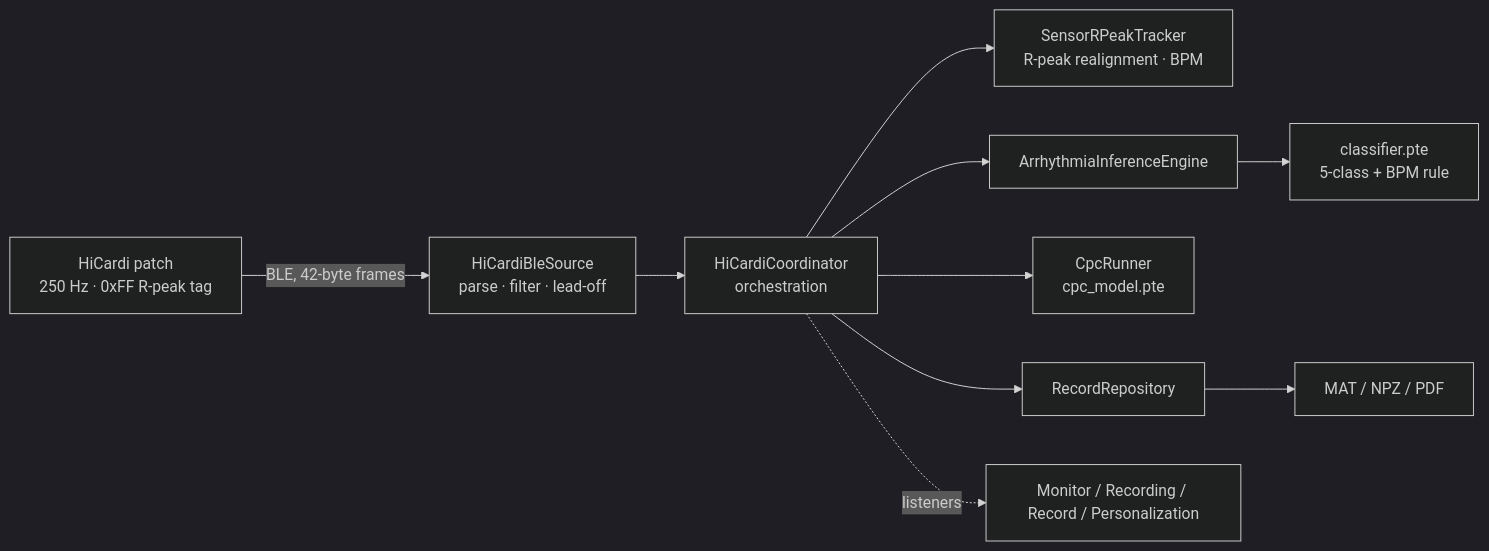
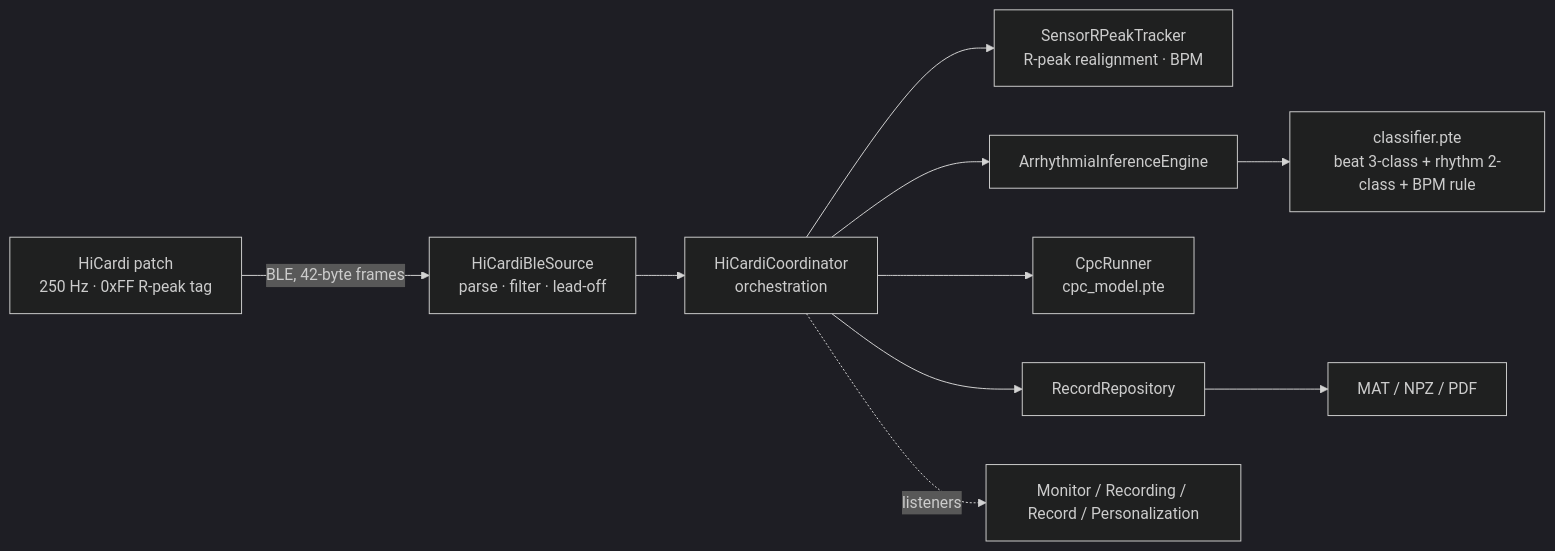
The diagram in README.md (h4xryu/ECG-Realtime-monitor), drawn with Mermaid (dark theme) before and after one commit. The commit also changed other lines of this file, not shown here.

````diff
--- a/README.md
+++ b/README.md
@@ -56,10 +56,10 @@
 ```mermaid
 flowchart LR
   SENS["HiCardi patch<br/>250 Hz &middot; 0xFF R-peak tag"] -->|BLE, 42-byte frames| BLE["HiCardiBleSource<br/>parse &middot; filter &middot; lead-off"]
   BLE --> COORD["HiCardiCoordinator<br/>orchestration"]
   COORD --> RPT["SensorRPeakTracker<br/>R-peak realignment &middot; BPM"]
-  COORD --> AIE["ArrhythmiaInferenceEngine"] --> CLS["classifier.pte<br/>5-class + BPM rule"]
+  COORD --> AIE["ArrhythmiaInferenceEngine"] --> CLS["classifier.pte<br/>beat 3-class + rhythm 2-class + BPM rule"]
   COORD --> CPC["CpcRunner<br/>cpc_model.pte"]
   COORD --> REPO["RecordRepository"] --> EXP["MAT / NPZ / PDF"]
   COORD -. listeners .-> UI["Monitor / Recording / Record / Personalization"]
 ```
````
